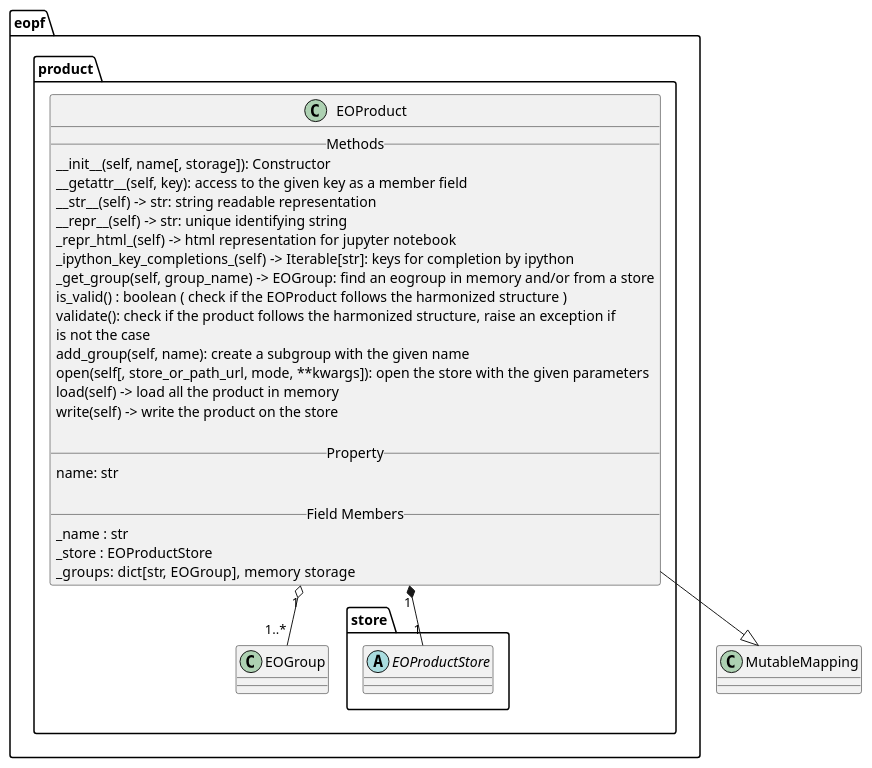
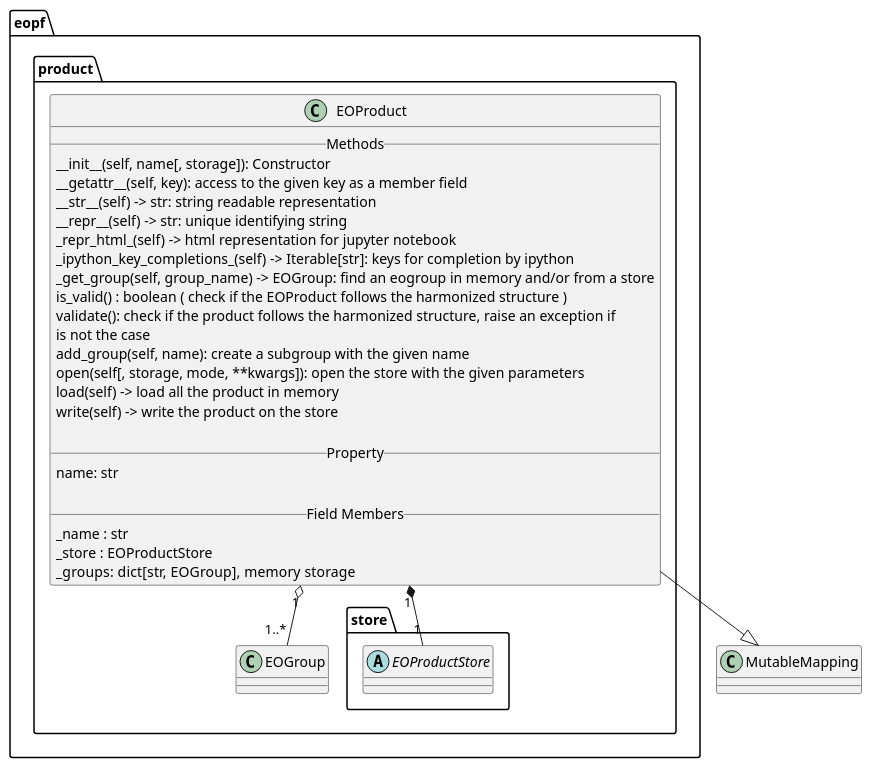
Before and after one commit to CSC-DPR/eopf-cpm: the diagram in docs/plantuml/eopf_product_eoproduct.puml, drawn with PlantUML. The commit also changed 1 other file, not shown here.

Commit message:
fix: storage merge

```diff
--- a/docs/plantuml/eopf_product_eoproduct.puml
+++ b/docs/plantuml/eopf_product_eoproduct.puml
@@ -1,38 +1,38 @@
 @startuml
 package eopf.product {
     class EOProduct {
         ' EOProduct class shall implement Python magic/dunder methods necessary to emulate MutableMapping[Hashable, Group] type. The (Hashable) 'key' being the name of the group.
         __ Methods __
         __init__(self, name[, storage]): Constructor
         __getattr__(self, key): access to the given key as a member field
         __str__(self) -> str: string readable representation
         __repr__(self) -> str: unique identifying string
         _repr_html_(self) -> html representation for jupyter notebook
         _ipython_key_completions_(self) -> Iterable[str]: keys for completion by ipython
         _get_group(self, group_name) -> EOGroup: find an eogroup in memory and/or from a store
         is_valid() : boolean ( check if the EOProduct follows the harmonized structure )
         validate(): check if the product follows the harmonized structure, raise an exception if
             is not the case
         add_group(self, name): create a subgroup with the given name
-        open(self[, store_or_path_url, mode, **kwargs]): open the store with the given parameters
+        open(self[, storage, mode, **kwargs]): open the store with the given parameters
         load(self) -> load all the product in memory
         write(self) -> write the product on the store
         ' REQ-41 add selection rules ( bands , polarization, depending of the sensor)
 
         __ Property __
         name: str
 
         __ Field Members __
         _name : str
         _store : EOProductStore
         _groups: dict[str, EOGroup],  memory storage
     }
     package store {
         abstract EOProductStore
     }
     EOProduct "1" o-- "1..*" EOGroup
 }
 
 EOProduct --|> MutableMapping
 EOProduct "1" *-- "1" EOProductStore
 @enduml
```
